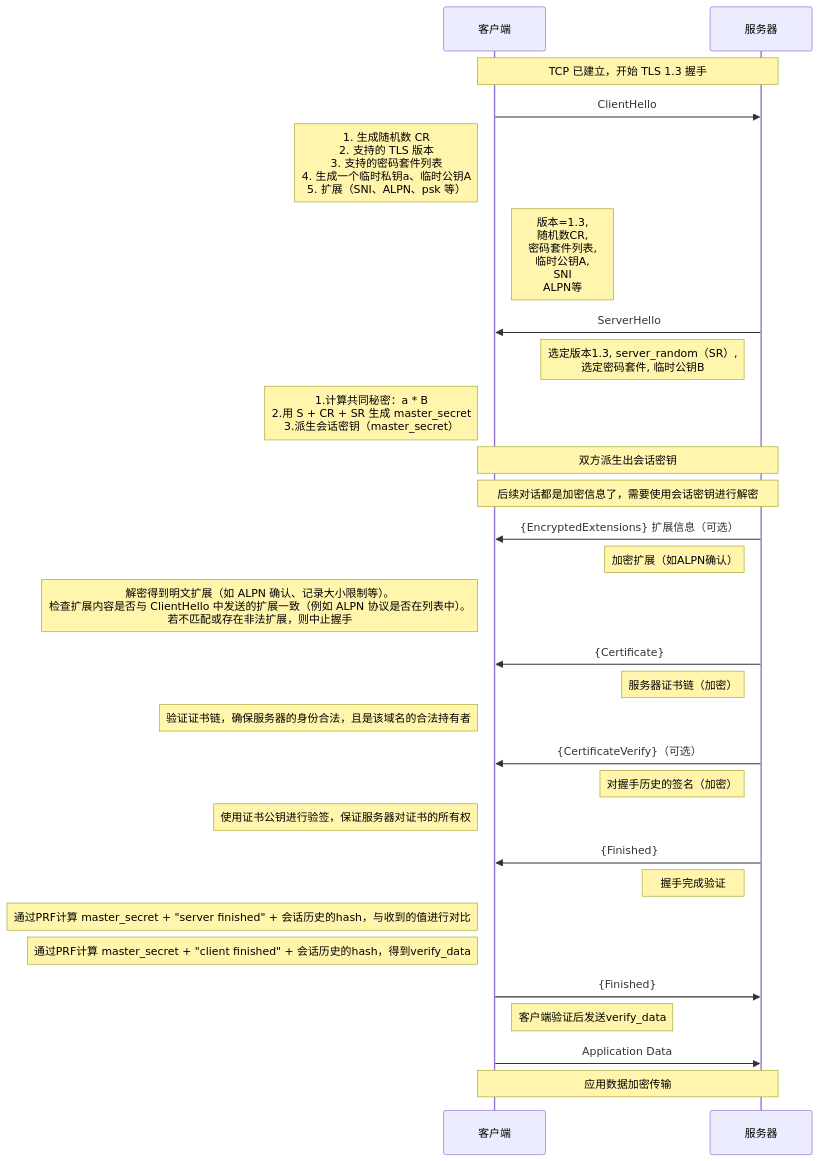
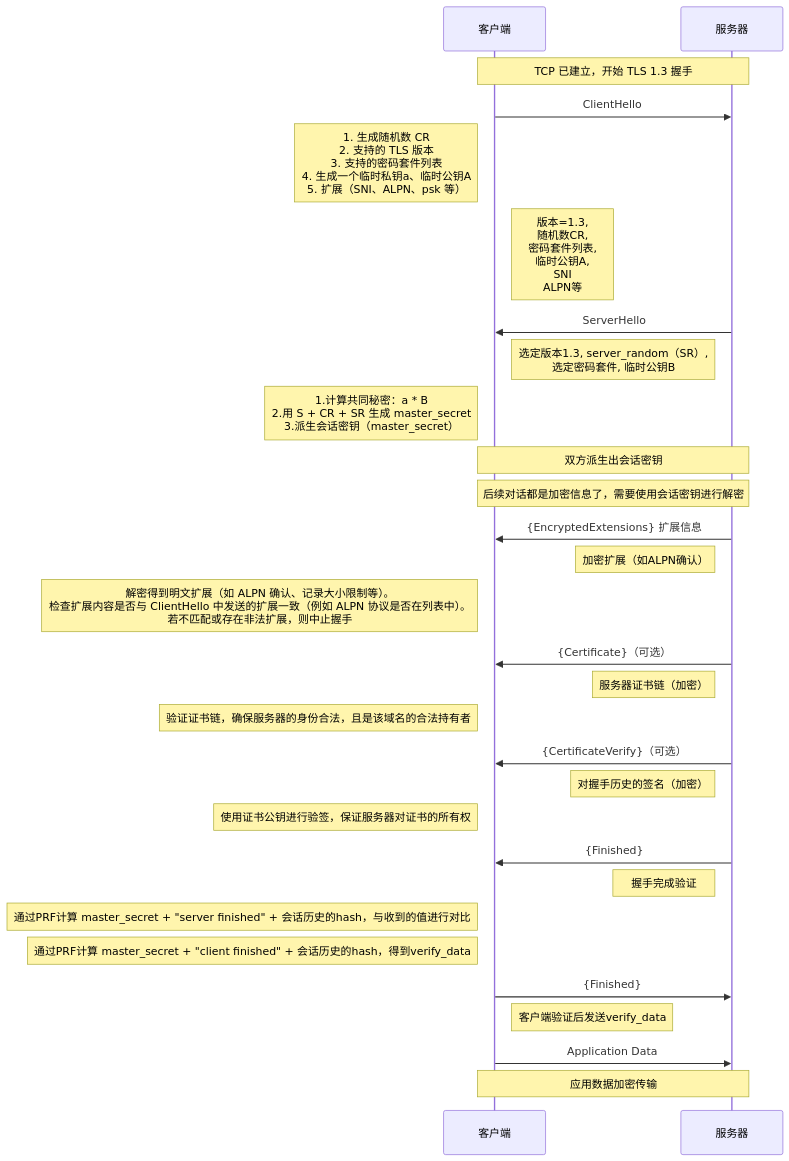
Before and after one commit to HY-10-8/iodraw-files: the diagram in all/TLS-1.3-通用.md, drawn with Mermaid.

Commit message:
2026-03-31 09:15:16 update

````diff
--- a/all/TLS-1.3-通用.md
+++ b/all/TLS-1.3-通用.md
@@ -1,41 +1,41 @@
 ```mermaid
 sequenceDiagram
     participant C as 客户端
     participant S as 服务器
 
     Note over C,S: TCP 已建立，开始 TLS 1.3 握手
 
     C->>S: ClientHello
     Note left of C: 1. 生成随机数 CR<br/> 2. 支持的 TLS 版本<br/> 3. 支持的密码套件列表<br/> 4. 生成一个临时私钥a、临时公钥A<br/> 5. 扩展（SNI、ALPN、psk 等）
     Note right of C: 版本=1.3,<br/> 随机数CR,<br/> 密码套件列表,<br/> 临时公钥A,<br/> SNI<br/> ALPN等
 
     S->>C: ServerHello
     Note left of S: 选定版本1.3, server_random（SR）,<br/> 选定密码套件, 临时公钥B
     Note left of C: 1.计算共同秘密：a * B<br/> 2.用 S + CR + SR 生成 master_secret<br/> 3.派生会话密钥（master_secret）
 
     Note over C,S: 双方派生出会话密钥
     Note over C,S: 后续对话都是加密信息了，需要使用会话密钥进行解密
 
-    S->>C: {EncryptedExtensions} 扩展信息（可选）
+    S->>C: {EncryptedExtensions} 扩展信息
     Note left of S: 加密扩展（如ALPN确认）
     Note left of C: 解密得到明文扩展（如 ALPN 确认、记录大小限制等）。<br/>检查扩展内容是否与 ClientHello 中发送的扩展一致（例如 ALPN 协议是否在列表中）。<br/> 若不匹配或存在非法扩展，则中止握手
 
-    S->>C: {Certificate}
+    S->>C: {Certificate}（可选）
     Note left of S: 服务器证书链（加密）
     Note left of C: 验证证书链，确保服务器的身份合法，且是该域名的合法持有者
 
     S->>C: {CertificateVerify}（可选）
     Note left of S: 对握手历史的签名（加密）
     Note left of C: 使用证书公钥进行验签，保证服务器对证书的所有权
 
     S->>C: {Finished}
     Note left of S: 握手完成验证
     Note left of C: 通过PRF计算 master_secret + "server finished" + 会话历史的hash，与收到的值进行对比
     Note left of C: 通过PRF计算 master_secret + "client finished" + 会话历史的hash，得到verify_data
 
     C->>S: {Finished}
     Note right of C: 客户端验证后发送verify_data
 
     C->>S: Application Data
     Note over C,S: 应用数据加密传输
 ```
````
